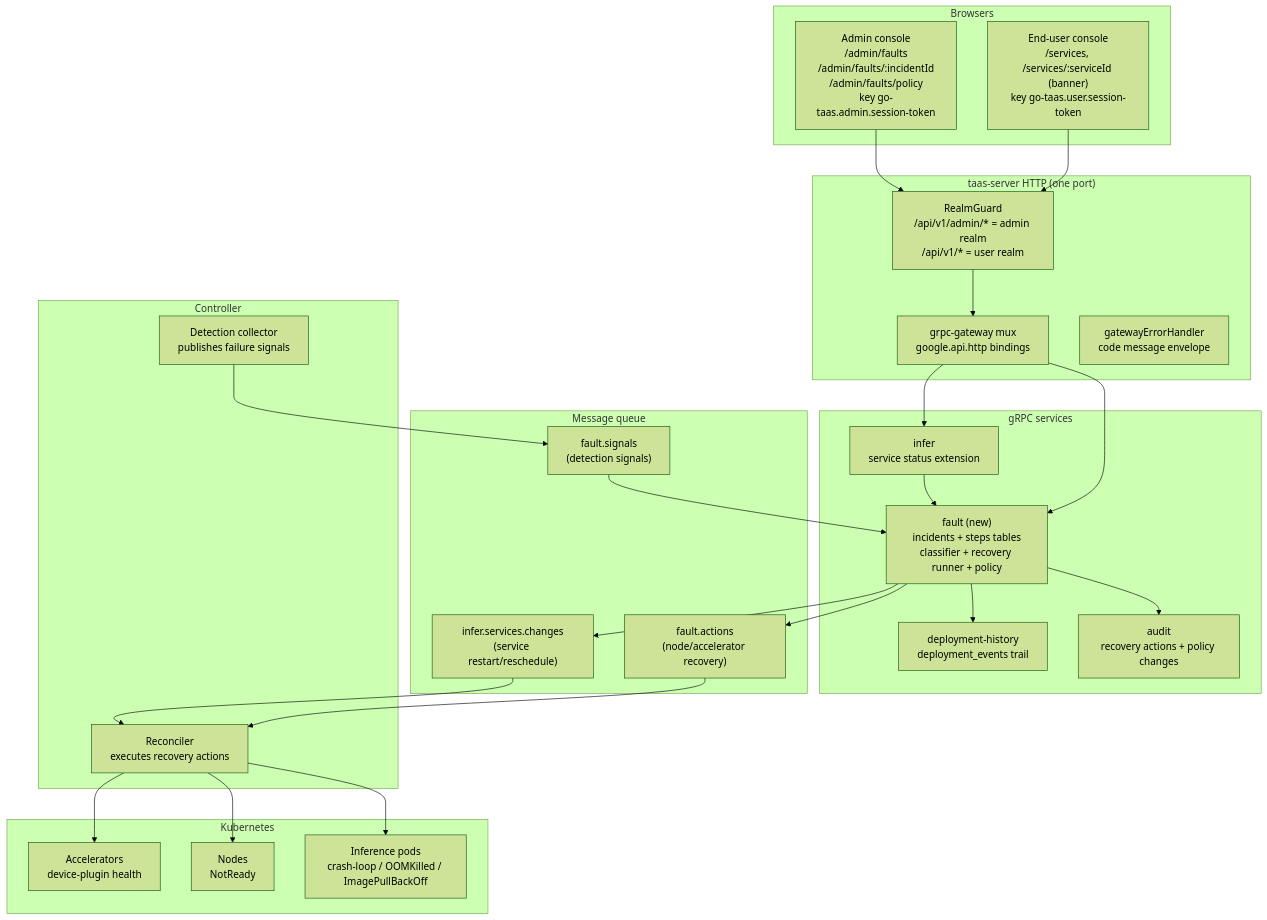
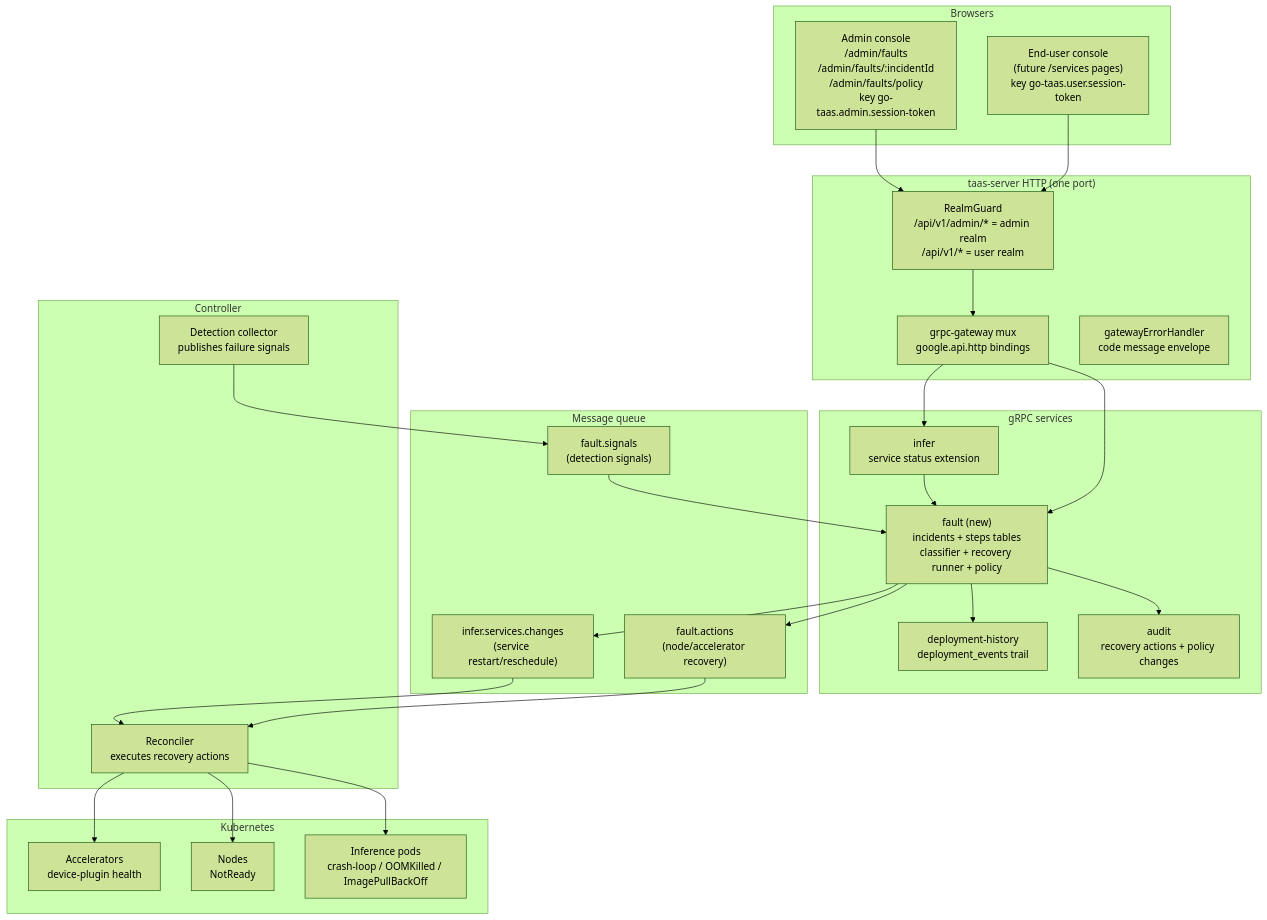
The first of 3 diagrams in site/docs/architecture/fault-diagnosis-auto-recovery.md (go-taas/go-taas), drawn with Mermaid (forest theme) before and after one commit. The commit also changed other lines of this file and 3 other files, not shown here.

````diff
--- a/site/docs/architecture/fault-diagnosis-auto-recovery.md
+++ b/site/docs/architecture/fault-diagnosis-auto-recovery.md
@@ -84,55 +84,55 @@
 ```mermaid
 flowchart TD
     subgraph browsers["Browsers"]
         AC["Admin console<br/>/admin/faults<br/>/admin/faults/:incidentId<br/>/admin/faults/policy<br/>key go-taas.admin.session-token"]
-        UC["End-user console<br/>/services, /services/:serviceId (banner)<br/>key go-taas.user.session-token"]
+        UC["End-user console<br/>(future /services pages)<br/>key go-taas.user.session-token"]
     end
 
     subgraph gateway["taas-server HTTP (one port)"]
         GUARD["RealmGuard<br/>/api/v1/admin/* = admin realm<br/>/api/v1/* = user realm"]
         MUX["grpc-gateway mux<br/>google.api.http bindings"]
         ERR["gatewayErrorHandler<br/>code message envelope"]
     end
 
     subgraph services["gRPC services"]
         FAULT["fault (new)<br/>incidents + steps tables<br/>classifier + recovery runner + policy"]
         INF["infer<br/>service status extension"]
         AUD["audit<br/>recovery actions + policy changes"]
         DEP["deployment-history<br/>deployment_events trail"]
     end
 
     subgraph mq["Message queue"]
         SIG["fault.signals<br/>(detection signals)"]
         ACT["fault.actions<br/>(node/accelerator recovery)"]
         CH["infer.services.changes<br/>(service restart/reschedule)"]
     end
 
     subgraph ctrl["Controller"]
         DET["Detection collector<br/>publishes failure signals"]
         REC["Reconciler<br/>executes recovery actions"]
     end
 
     subgraph k8s["Kubernetes"]
         POD["Inference pods<br/>crash-loop / OOMKilled / ImagePullBackOff"]
         NODE["Nodes<br/>NotReady"]
         ACC["Accelerators<br/>device-plugin health"]
     end
 
     AC --> GUARD
     UC --> GUARD
     GUARD --> MUX
     MUX --> FAULT
     MUX --> INF
     FAULT --> AUD
     FAULT --> DEP
     DET --> SIG
     SIG --> FAULT
     FAULT --> ACT
     ACT --> REC
     FAULT --> CH
     CH --> REC
     REC --> POD
     REC --> NODE
     REC --> ACC
     INF --> FAULT
 ```
````
